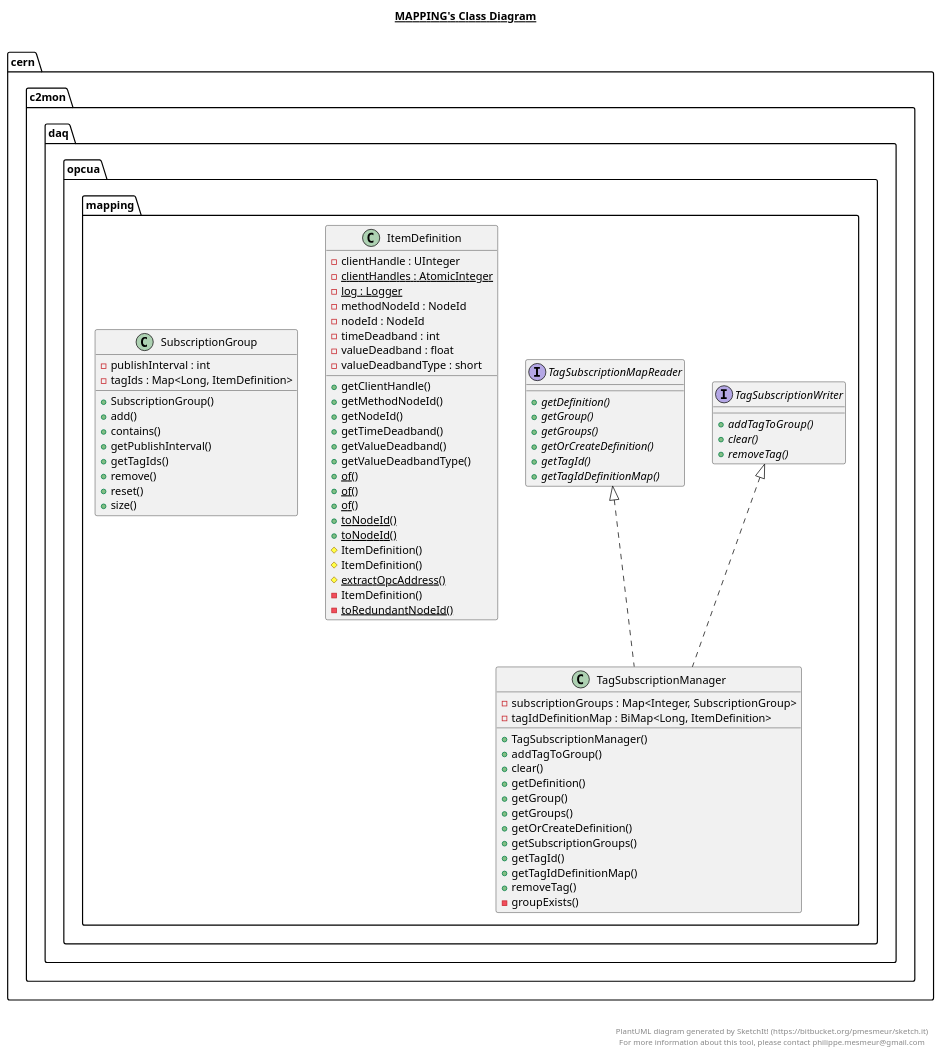
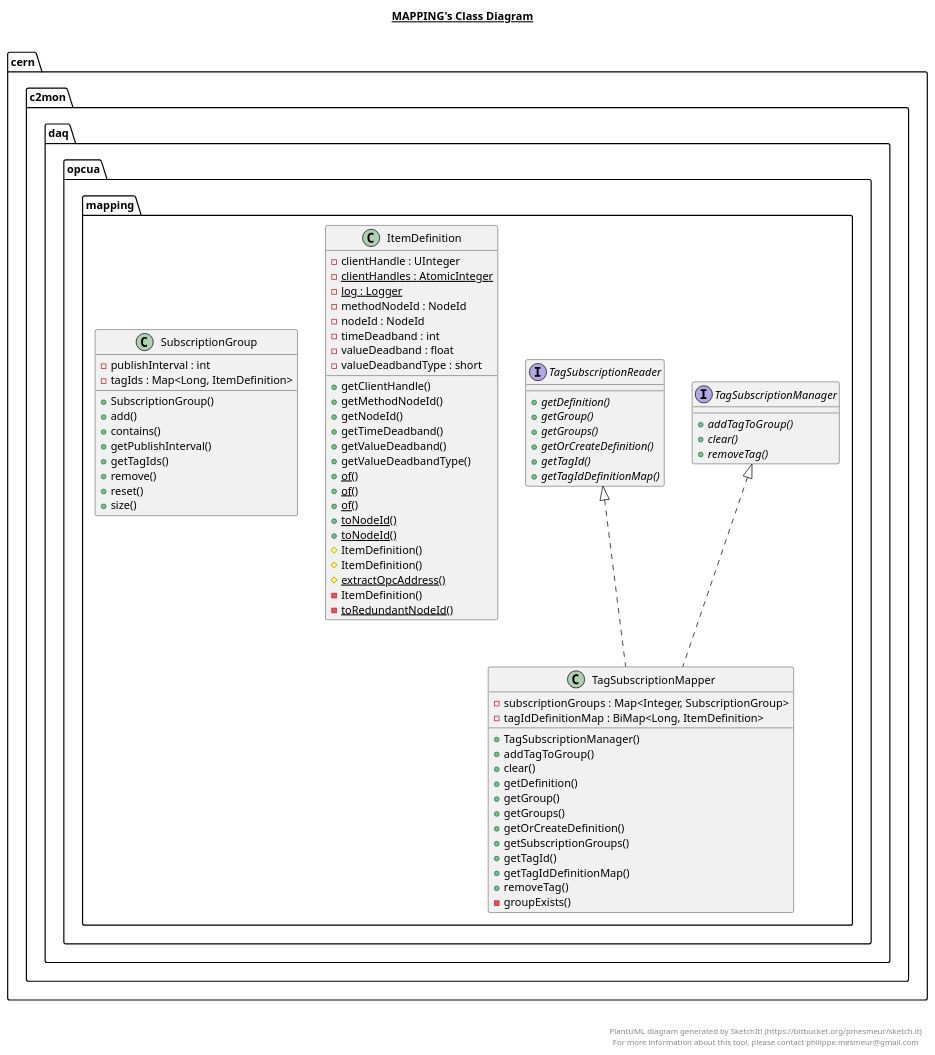
One commit to c2mon/c2mon-daq-opcua changed the diagram in src/main/java/cern/c2mon/daq/opcua/mapping/mapping.plantuml. Above: the diagram before and after it, drawn with PlantUML. The commit also changed 36 other files, not shown here.

```diff
--- a/src/main/java/cern/c2mon/daq/opcua/mapping/mapping.plantuml
+++ b/src/main/java/cern/c2mon/daq/opcua/mapping/mapping.plantuml
@@ -1,113 +1,113 @@
 @startuml
 
 title __MAPPING's Class Diagram__\n
 
   namespace cern.c2mon.daq.opcua {
     namespace mapping {
       class cern.c2mon.daq.opcua.mapping.ItemDefinition {
           - clientHandle : UInteger
           {static} - clientHandles : AtomicInteger
           {static} - log : Logger
           - methodNodeId : NodeId
           - nodeId : NodeId
           - timeDeadband : int
           - valueDeadband : float
           - valueDeadbandType : short
           + getClientHandle()
           + getMethodNodeId()
           + getNodeId()
           + getTimeDeadband()
           + getValueDeadband()
           + getValueDeadbandType()
           {static} + of()
           {static} + of()
           {static} + of()
           {static} + toNodeId()
           {static} + toNodeId()
           # ItemDefinition()
           # ItemDefinition()
           {static} # extractOpcAddress()
           - ItemDefinition()
           {static} - toRedundantNodeId()
       }
     }
   }
   
 
   namespace cern.c2mon.daq.opcua {
     namespace mapping {
       class cern.c2mon.daq.opcua.mapping.SubscriptionGroup {
           - publishInterval : int
           - tagIds : Map<Long, ItemDefinition>
           + SubscriptionGroup()
           + add()
           + contains()
           + getPublishInterval()
           + getTagIds()
           + remove()
           + reset()
           + size()
       }
     }
   }
   
 
   namespace cern.c2mon.daq.opcua {
     namespace mapping {
-      class cern.c2mon.daq.opcua.mapping.TagSubscriptionManager {
+      class cern.c2mon.daq.opcua.mapping.TagSubscriptionMapper {
           - subscriptionGroups : Map<Integer, SubscriptionGroup>
           - tagIdDefinitionMap : BiMap<Long, ItemDefinition>
           + TagSubscriptionManager()
           + addTagToGroup()
           + clear()
           + getDefinition()
           + getGroup()
           + getGroups()
           + getOrCreateDefinition()
           + getSubscriptionGroups()
           + getTagId()
           + getTagIdDefinitionMap()
           + removeTag()
           - groupExists()
       }
     }
   }
   
 
   namespace cern.c2mon.daq.opcua {
     namespace mapping {
-      interface cern.c2mon.daq.opcua.mapping.TagSubscriptionMapReader {
+      interface cern.c2mon.daq.opcua.mapping.TagSubscriptionReader {
           {abstract} + getDefinition()
           {abstract} + getGroup()
           {abstract} + getGroups()
           {abstract} + getOrCreateDefinition()
           {abstract} + getTagId()
           {abstract} + getTagIdDefinitionMap()
       }
     }
   }
   
 
   namespace cern.c2mon.daq.opcua {
     namespace mapping {
-      interface cern.c2mon.daq.opcua.mapping.TagSubscriptionWriter {
+      interface cern.c2mon.daq.opcua.mapping.TagSubscriptionManager {
           {abstract} + addTagToGroup()
           {abstract} + clear()
           {abstract} + removeTag()
       }
     }
   }
   
 
-  cern.c2mon.daq.opcua.mapping.TagSubscriptionManager .up.|> cern.c2mon.daq.opcua.mapping.TagSubscriptionMapReader
-  cern.c2mon.daq.opcua.mapping.TagSubscriptionManager .up.|> cern.c2mon.daq.opcua.mapping.TagSubscriptionWriter
+  cern.c2mon.daq.opcua.mapping.TagSubscriptionMapper .up.|> cern.c2mon.daq.opcua.mapping.TagSubscriptionReader
+  cern.c2mon.daq.opcua.mapping.TagSubscriptionMapper .up.|> cern.c2mon.daq.opcua.mapping.TagSubscriptionManager
 
 
 right footer
 
 
 PlantUML diagram generated by SketchIt! (https://bitbucket.org/pmesmeur/sketch.it)
 For more information about this tool, please contact philippe.mesmeur@gmail.com
 endfooter
 
 @enduml
```
